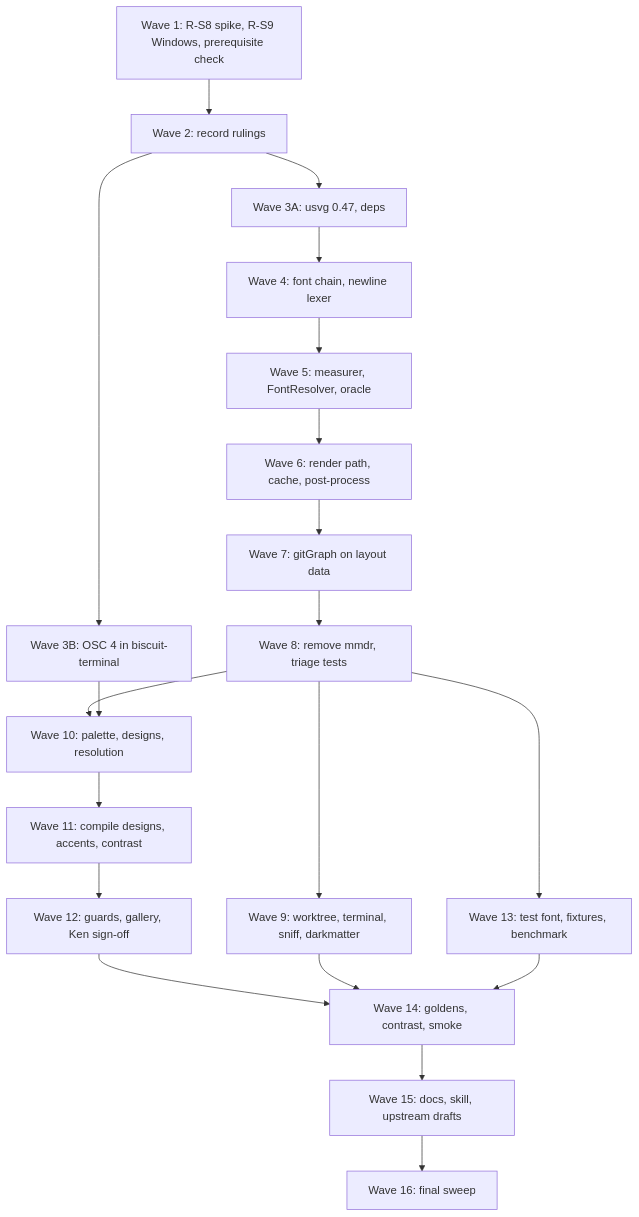
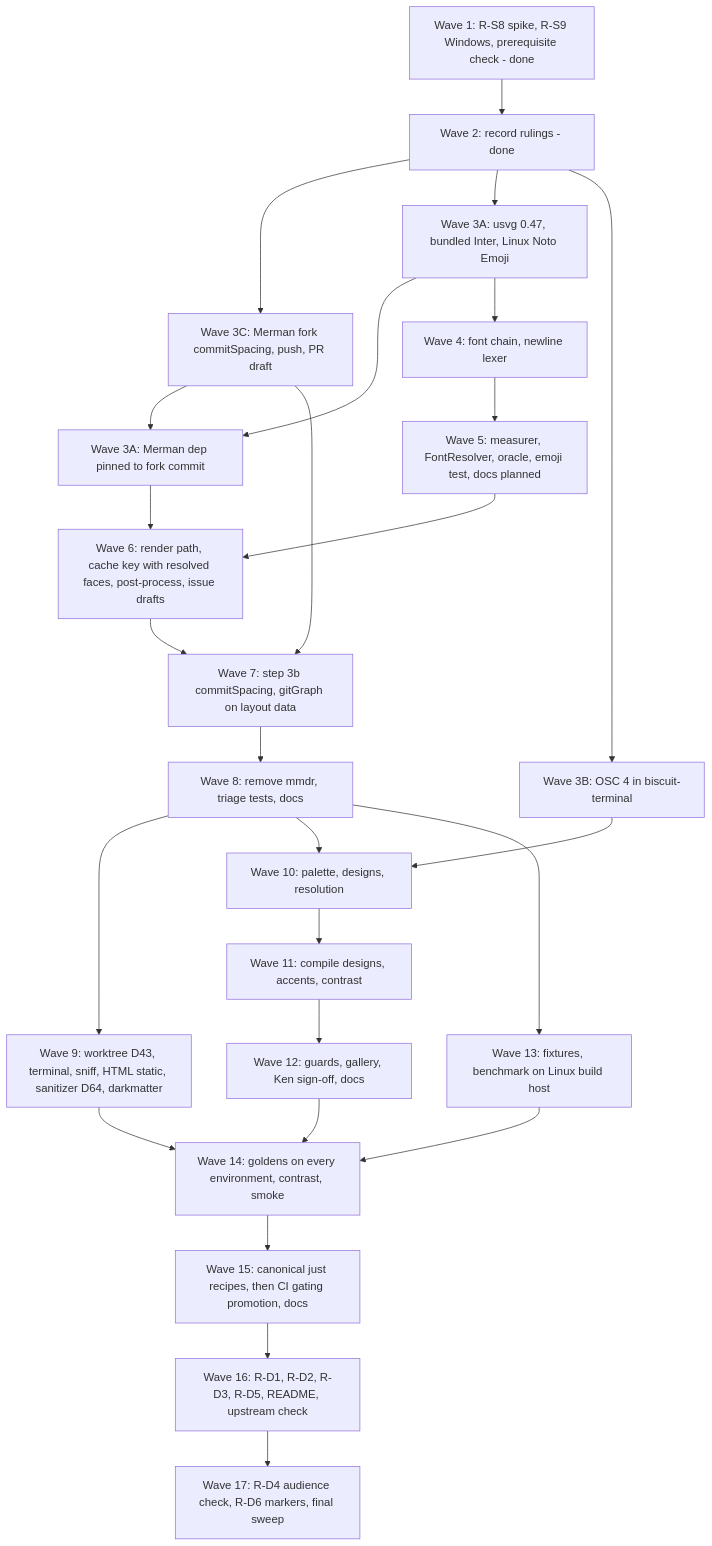
Before and after one commit to yankeeinlondon/rusty-biscuit: the diagram in biscuit-visualized/features/2026-10-21-merman/plan.md, drawn with Mermaid. The commit also changed other lines of this file and 2 other files, not shown here.

First line of the commit message:
planning(biscuit-visualized): record Phase 1 close for merman

````diff
--- a/biscuit-visualized/features/2026-10-21-merman/plan.md
+++ b/biscuit-visualized/features/2026-10-21-merman/plan.md
@@ -623,22 +930,28 @@
 ```mermaid
 flowchart TD
-    W1[Wave 1: R-S8 spike, R-S9 Windows, prerequisite check] --> W2[Wave 2: record rulings]
-    W2 --> W3A[Wave 3A: usvg 0.47, deps]
+    W1[Wave 1: R-S8 spike, R-S9 Windows, prerequisite check - done] --> W2[Wave 2: record rulings - done]
+    W2 --> W3C[Wave 3C: Merman fork commitSpacing, push, PR draft]
+    W2 --> W3A[Wave 3A: usvg 0.47, bundled Inter, Linux Noto Emoji]
     W2 --> W3B[Wave 3B: OSC 4 in biscuit-terminal]
+    W3C --> DEP[Wave 3A: Merman dep pinned to fork commit]
+    W3A --> DEP
     W3A --> W4[Wave 4: font chain, newline lexer]
-    W4 --> W5[Wave 5: measurer, FontResolver, oracle]
-    W5 --> W6[Wave 6: render path, cache, post-process]
-    W6 --> W7[Wave 7: gitGraph on layout data]
-    W7 --> W8[Wave 8: remove mmdr, triage tests]
-    W8 --> W9[Wave 9: worktree, terminal, sniff, darkmatter]
+    W4 --> W5[Wave 5: measurer, FontResolver, oracle, emoji test, docs planned]
+    DEP --> W6
+    W5 --> W6[Wave 6: render path, cache key with resolved faces, post-process, issue drafts]
+    W6 --> W7[Wave 7: step 3b commitSpacing, gitGraph on layout data]
+    W3C --> W7
+    W7 --> W8[Wave 8: remove mmdr, triage tests, docs]
+    W8 --> W9[Wave 9: worktree D43, terminal, sniff, HTML static, sanitizer D64, darkmatter]
     W8 --> W10[Wave 10: palette, designs, resolution]
     W3B --> W10
     W10 --> W11[Wave 11: compile designs, accents, contrast]
-    W11 --> W12[Wave 12: guards, gallery, Ken sign-off]
-    W12 --> W14[Wave 14: goldens, contrast, smoke]
+    W11 --> W12[Wave 12: guards, gallery, Ken sign-off, docs]
+    W8 --> W13[Wave 13: fixtures, benchmark on Linux build host]
+    W12 --> W14[Wave 14: goldens on every environment, contrast, smoke]
     W9 --> W14
-    W8 --> W13[Wave 13: test font, fixtures, benchmark]
     W13 --> W14
-    W14 --> W15[Wave 15: docs, skill, upstream drafts]
-    W15 --> W16[Wave 16: final sweep]
+    W14 --> W15[Wave 15: canonical just recipes, then CI gating promotion, docs]
+    W15 --> W16[Wave 16: R-D1, R-D2, R-D3, R-D5, README, upstream check]
+    W16 --> W17[Wave 17: R-D4 audience check, R-D6 markers, final sweep]
 ```
````
